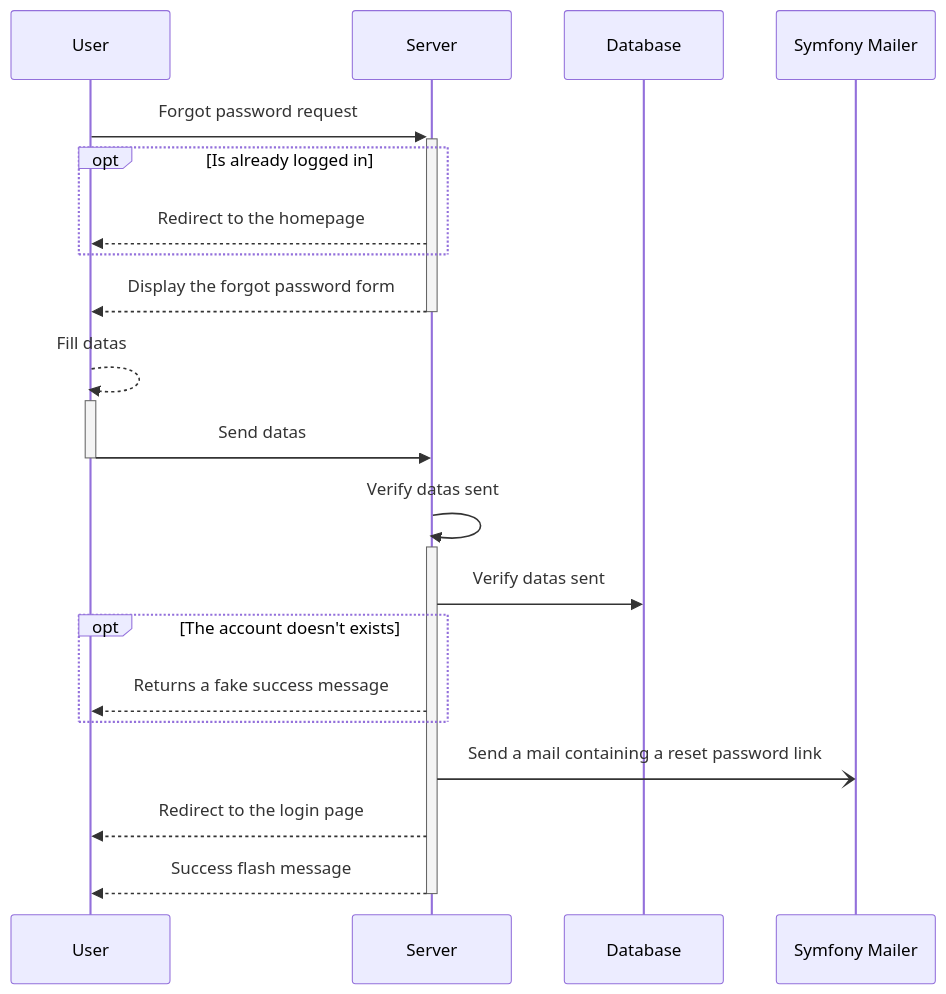
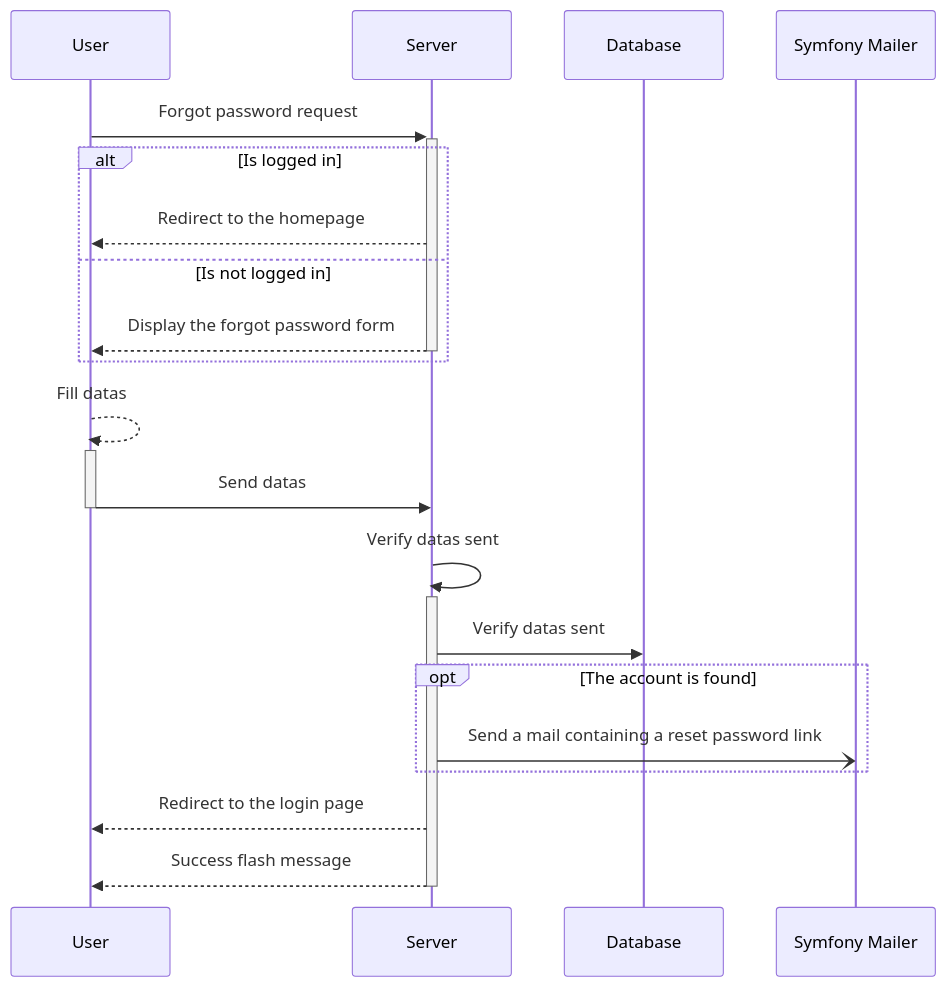
The diagram in docs/sequence/authentication/forgot_password.md (acecconato/AnthonyCecconato_6_01102022), drawn with Mermaid before and after one commit. The commit also changed 15 other files, not shown here.

Commit message:
Update diagrams

````diff
--- a/docs/sequence/authentication/forgot_password.md
+++ b/docs/sequence/authentication/forgot_password.md
@@ -1,25 +1,23 @@
 ```mermaid
 sequenceDiagram
     User ->>+ Server: Forgot password request
 
-    opt Is already logged in 
+    alt Is logged in 
         Server -->> User: Redirect to the homepage
+    else Is not logged in
+        Server -->>- User: Display the forgot password form
     end
-
-    Server -->>- User: Display the forgot password form
 
     User -->>+ User: Fill datas
     User ->>- Server: Send datas
 
     Server ->>+ Server: Verify datas sent
     Server ->> Database: Verify datas sent
 
-    opt The account doesn't exists
-        Server -->> User: Returns a fake success message
+    opt The account is found
+        Server -) Symfony Mailer: Send a mail containing a reset password link
     end
-
-    Server -) Symfony Mailer: Send a mail containing a reset password link
 
     Server -->> User: Redirect to the login page
     Server -->>- User: Success flash message
 ```
````
